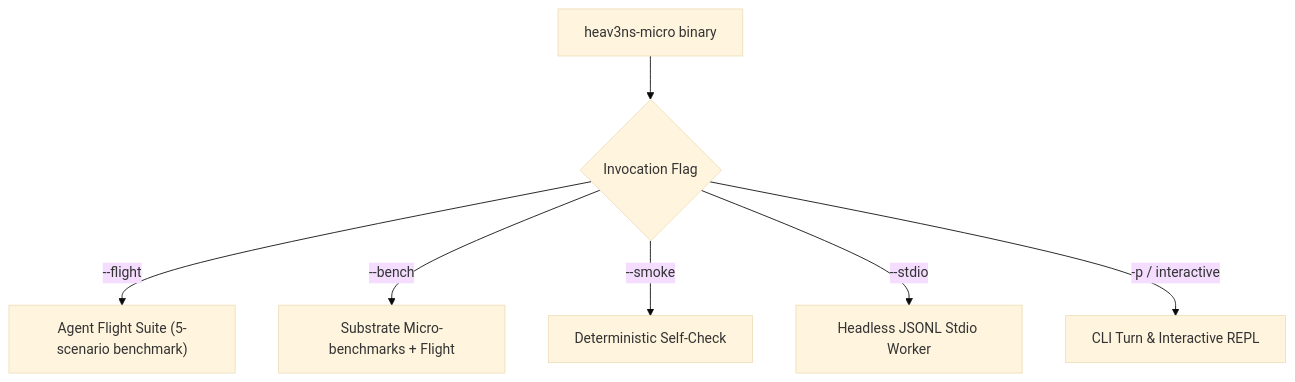
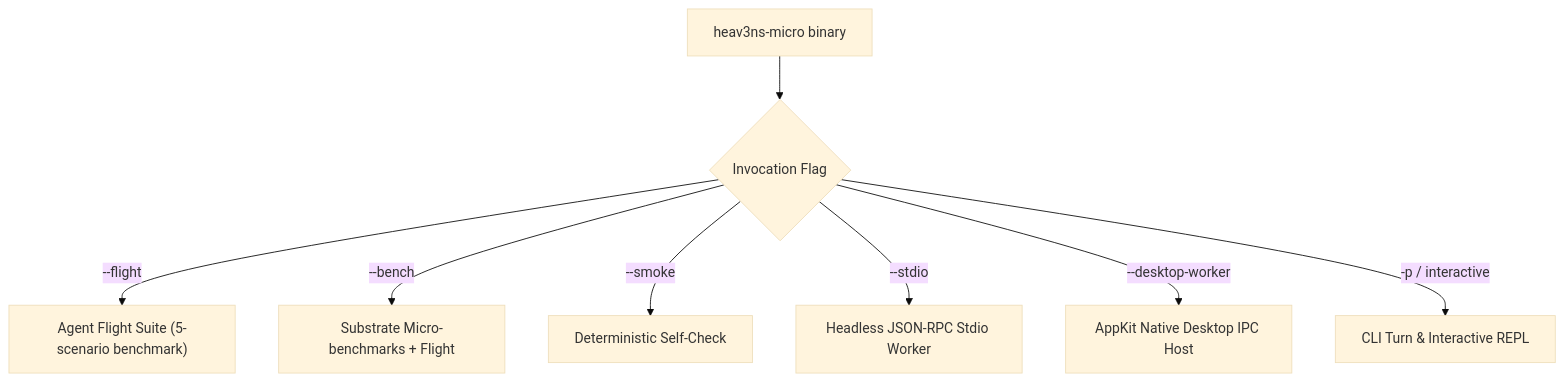
One commit to CardSorting/HEAV3NS-MICRO changed the diagram in docs/OPERATIONS.md. Above: the diagram before and after it, drawn with Mermaid (base theme). The commit also changed other lines of this file and 13 other files, not shown here.

````diff
--- a/docs/OPERATIONS.md
+++ b/docs/OPERATIONS.md
@@ -20,9 +21,10 @@
 ```mermaid
 flowchart TD
   ENTRY["heav3ns-micro binary"] --> MODE{"Invocation Flag"}
   MODE -->|"--flight"| FLIGHT["Agent Flight Suite (5-scenario benchmark)"]
   MODE -->|"--bench"| BENCH["Substrate Micro-benchmarks + Flight"]
   MODE -->|"--smoke"| SMOKE["Deterministic Self-Check"]
-  MODE -->|"--stdio"| STDIO["Headless JSONL Stdio Worker"]
+  MODE -->|"--stdio"| STDIO["Headless JSON-RPC Stdio Worker"]
+  MODE -->|"--desktop-worker"| DESKTOP["AppKit Native Desktop IPC Host"]
   MODE -->|"-p / interactive"| REPL["CLI Turn & Interactive REPL"]
 ```
````
